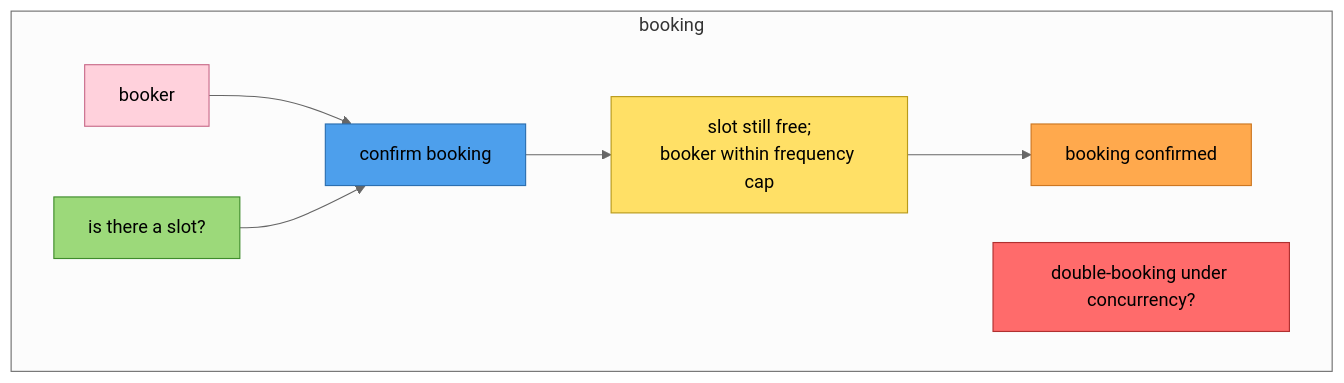
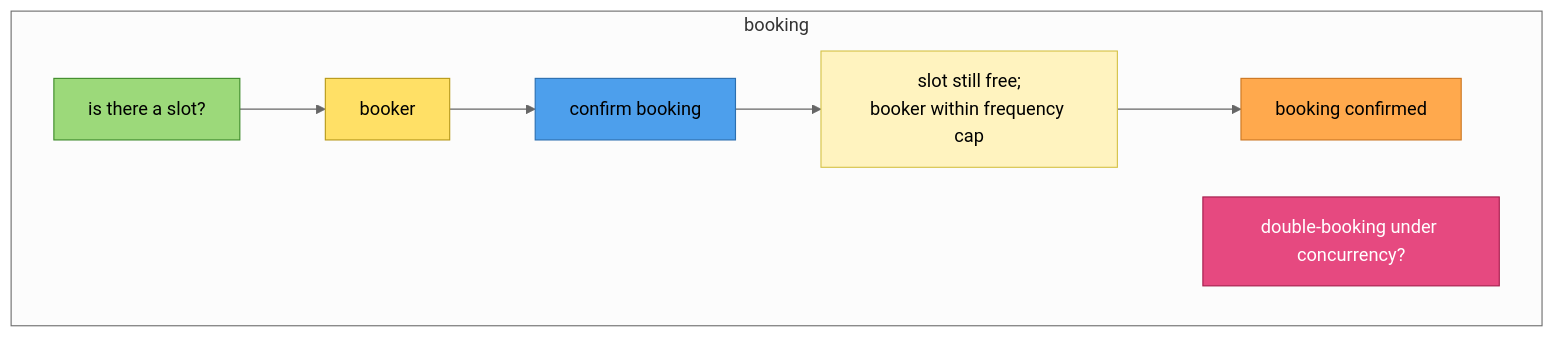
The first of 2 diagrams in claude/skills/feature-stormer/references/templates.md (pawzem/AI), drawn with Mermaid (neutral theme) before and after one commit. The commit also changed other lines of this file and 2 other files, not shown here.

Commit message:
feature-stormer: standard ES palette, read-model→actor grammar, validate-before-review gate
- Palette → standard EventStorming colours: actor = yellow, constraint
  (aggregate) = pale yellow, external system = pink, hotspot = neon pink
  (event/command/policy/read-model/opportunity unchanged).
- Grammar fix: read models feed the actor (Read model → Actor → Command),
  per Brandolini's "picture that explains everything" — not read-model →
  command. Read-model → command allowed only when fully automated (no actor).
  Updated adjacency table, forbidden list, checklist, and worked example.
- Promote grammar re-validation to a hard gate: re-run the self-review
  checklist (colour grammar + adjacencies) immediately before every user
  review (Stages 6 & 8); never present an unvalidated diagram.

````diff
--- a/claude/skills/feature-stormer/references/templates.md
+++ b/claude/skills/feature-stormer/references/templates.md
@@ -56,23 +56,22 @@
 ```mermaid
 flowchart TB
     classDef event          fill:#FFA94D,stroke:#CC7722,color:#000
     classDef command        fill:#4D9FEC,stroke:#2C6FB0,color:#000
-    classDef constraint     fill:#FFE066,stroke:#B89A1A,color:#000
-    classDef actor          fill:#FFD1DC,stroke:#C96B8A,color:#000
+    classDef actor          fill:#FFE066,stroke:#B89A1A,color:#000
+    classDef constraint     fill:#FFF3BF,stroke:#D6C34A,color:#000
     classDef policy         fill:#C69AE0,stroke:#7E3FBF,color:#000
     classDef readModel      fill:#9CD97A,stroke:#3F8C2B,color:#000
-    classDef externalSystem fill:#E94196,stroke:#A11060,color:#FFF
-    classDef hotspot        fill:#FF6B6B,stroke:#B03030,color:#000
+    classDef externalSystem fill:#FFC2D1,stroke:#D24B6E,color:#000
+    classDef hotspot        fill:#E64980,stroke:#A61E4D,color:#FFF
 
     subgraph BOOKING[booking]
       BK_Booker["booker"]:::actor
       BK_CmdConfirm["confirm booking"]:::command
       BK_Constraint["slot still free;<br/>booker within frequency cap"]:::constraint
       BK_EvConfirmed["booking confirmed"]:::event
       BK_RMSlot["is there a slot?"]:::readModel
       BK_HSDouble["double-booking under concurrency?"]:::hotspot
 
-      BK_Booker --> BK_CmdConfirm --> BK_Constraint --> BK_EvConfirmed
-      BK_RMSlot --> BK_CmdConfirm
+      BK_RMSlot --> BK_Booker --> BK_CmdConfirm --> BK_Constraint --> BK_EvConfirmed
     end
 ```
````
